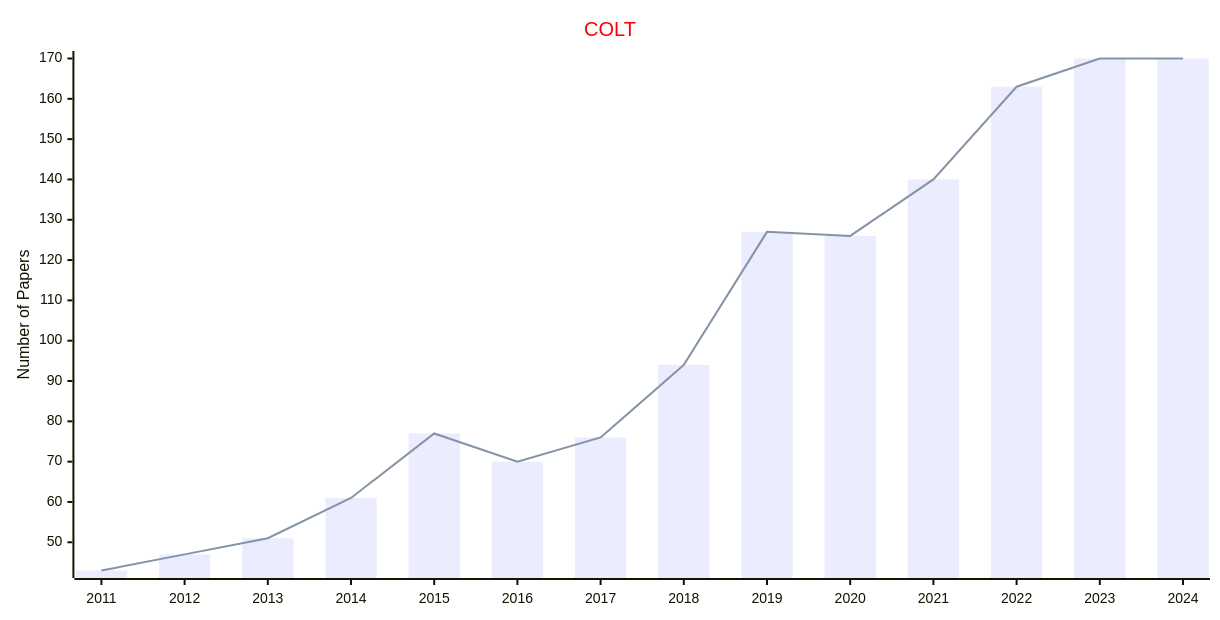
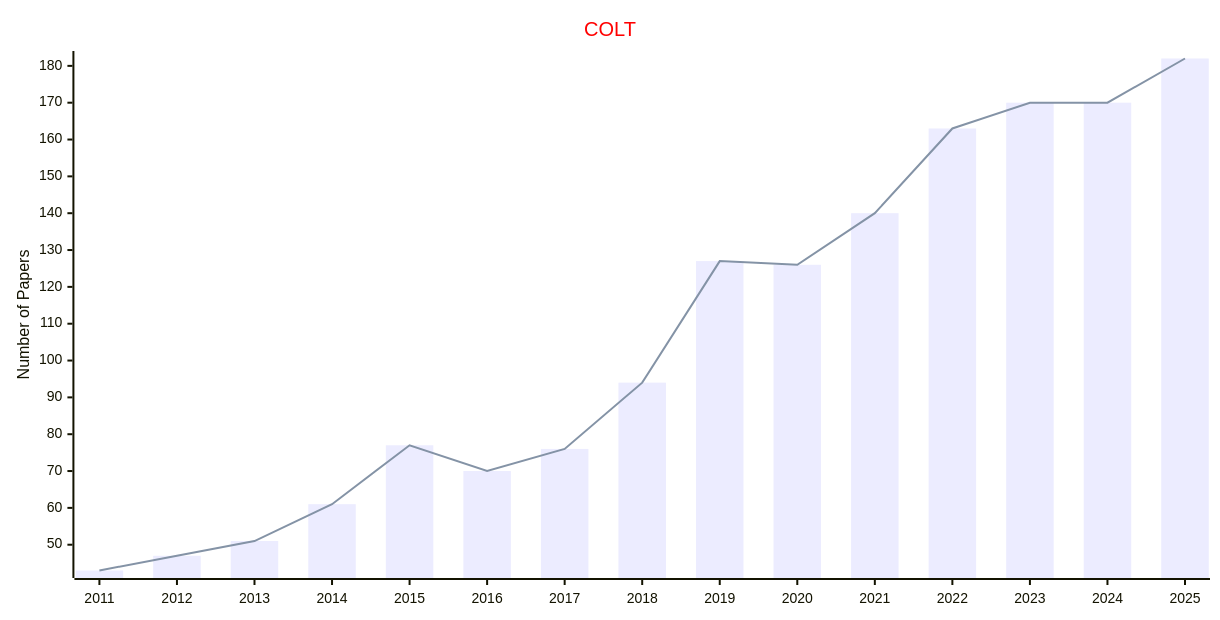
One commit to NextArtifIntell/AILinks changed the second of 2 diagrams in docs/data/Conferences/Statistics_Conferences/Learning_Theory.md. Above: the diagram before and after it, drawn with Mermaid. The commit also changed other lines of this file and 13 other files, not shown here.

````diff
--- a/docs/data/Conferences/Statistics_Conferences/Learning_Theory.md
+++ b/docs/data/Conferences/Statistics_Conferences/Learning_Theory.md
@@ -33,17 +33,17 @@
 ```mermaid
 ---
 config:
     xyChart:
         width: 1200
         height: 600
     themeVariables:
         xyChart:
             titleColor: "#ff0000"
 ---
 xychart-beta
     title "COLT"
-    x-axis [2011, 2012, 2013, 2014, 2015, 2016, 2017, 2018, 2019, 2020, 2021, 2022, 2023, 2024]
+    x-axis [2011, 2012, 2013, 2014, 2015, 2016, 2017, 2018, 2019, 2020, 2021, 2022, 2023, 2024, 2025]
     y-axis "Number of Papers"
-    bar [43, 47, 51, 61, 77, 70, 76, 94, 127, 126, 140, 163, 170, 170]
-    line [43, 47, 51, 61, 77, 70, 76, 94, 127, 126, 140, 163, 170, 170]
+    bar [43, 47, 51, 61, 77, 70, 76, 94, 127, 126, 140, 163, 170, 170, 182]
+    line [43, 47, 51, 61, 77, 70, 76, 94, 127, 126, 140, 163, 170, 170, 182]
 ```
````
